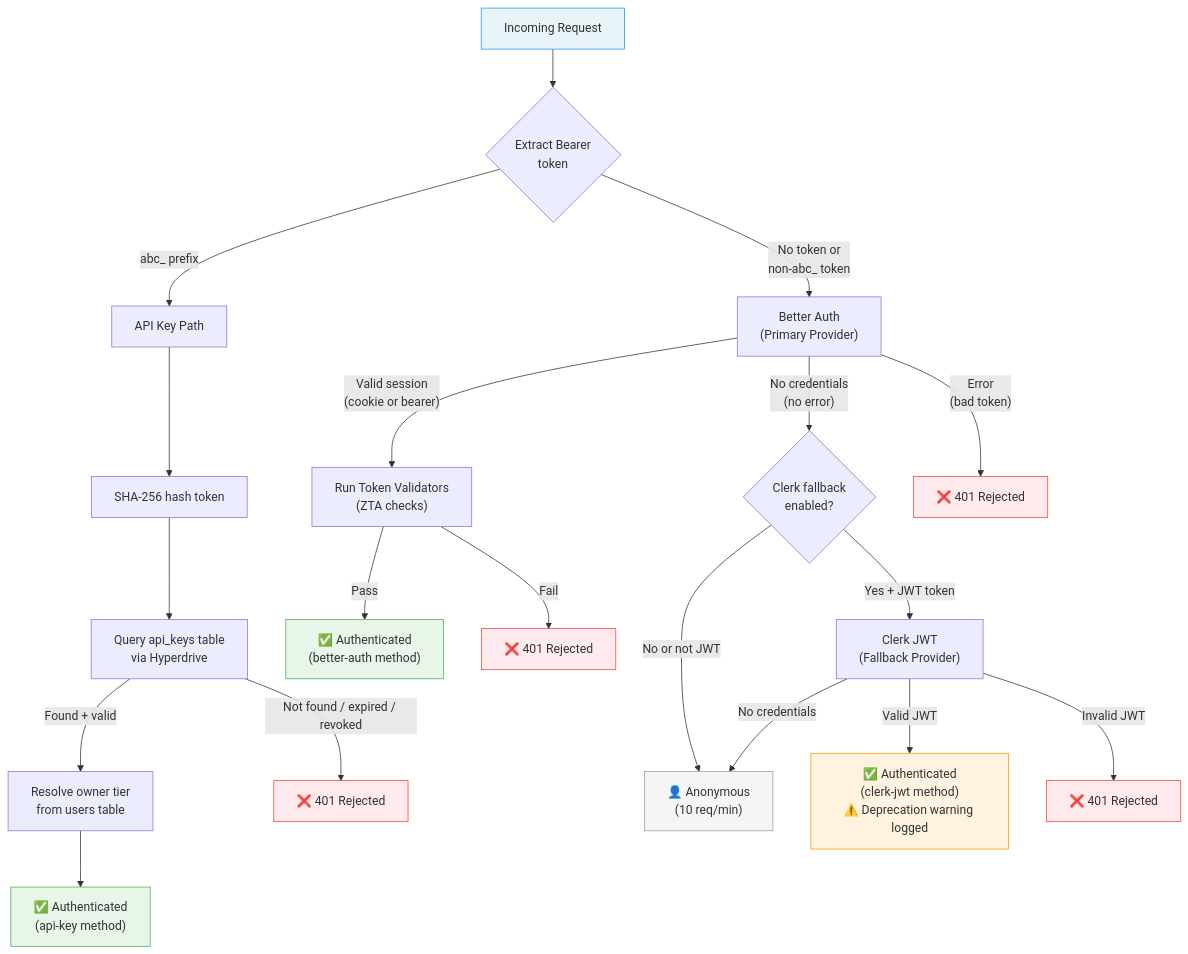
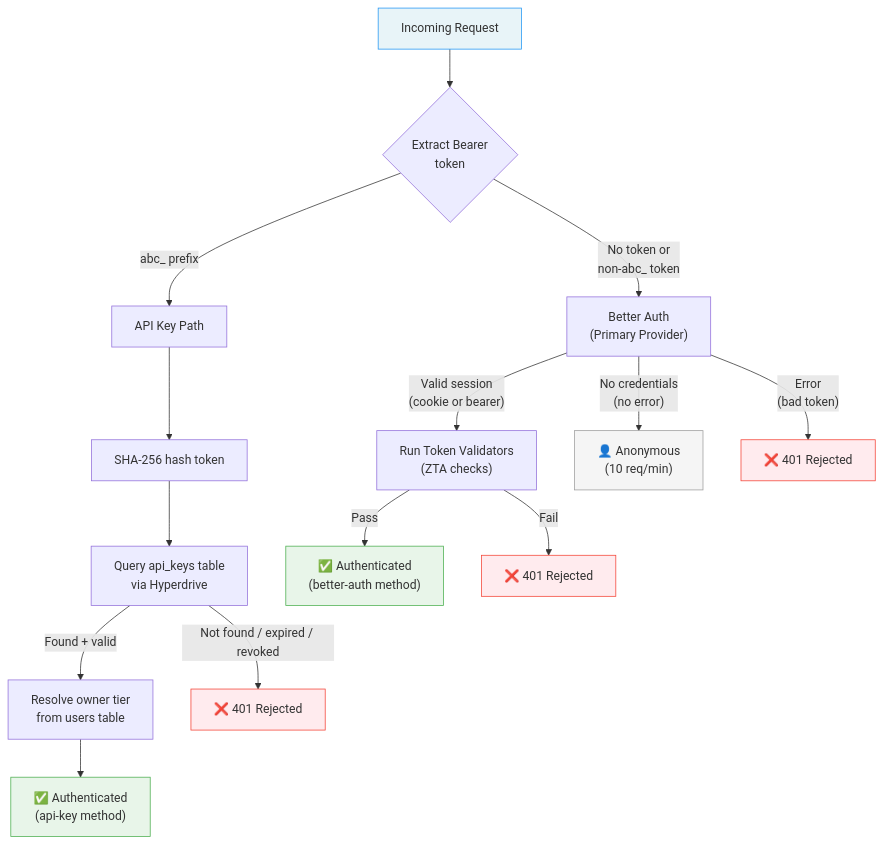
The first of 2 diagrams in docs/auth/auth-chain-reference.md (jaypatrick/adblock-compiler), drawn with Mermaid before and after one commit. The commit also changed other lines of this file and 9 other files, not shown here.

First line of the commit message:
fix: remove Clerk remnants; rename clerk_user_id→user_id; Prisma schema cleanup

````diff
--- a/docs/auth/auth-chain-reference.md
+++ b/docs/auth/auth-chain-reference.md
@@ -44,37 +39,28 @@
 ```mermaid
 flowchart TD
     REQ["Incoming Request"] --> TOKEN{"Extract Bearer<br/>token"}
 
     TOKEN -->|"abc_ prefix"| APIKEY["API Key Path"]
     TOKEN -->|"No token or<br/>non-abc_ token"| BA["Better Auth<br/>(Primary Provider)"]
 
     APIKEY --> HASH["SHA-256 hash token"]
     HASH --> LOOKUP["Query api_keys table<br/>via Hyperdrive"]
     LOOKUP -->|"Found + valid"| TIER["Resolve owner tier<br/>from users table"]
     TIER --> AUTH_OK["✅ Authenticated<br/>(api-key method)"]
     LOOKUP -->|"Not found / expired / revoked"| REJECT["❌ 401 Rejected"]
 
     BA -->|"Valid session<br/>(cookie or bearer)"| ZTA["Run Token Validators<br/>(ZTA checks)"]
     ZTA -->|"Pass"| BA_OK["✅ Authenticated<br/>(better-auth method)"]
     ZTA -->|"Fail"| REJECT2["❌ 401 Rejected"]
 
-    BA -->|"No credentials<br/>(no error)"| CLERK_CHECK{"Clerk fallback<br/>enabled?"}
+    BA -->|"No credentials<br/>(no error)"| ANON["👤 Anonymous<br/>(10 req/min)"]
     BA -->|"Error<br/>(bad token)"| REJECT3["❌ 401 Rejected"]
-
-    CLERK_CHECK -->|"Yes + JWT token"| CLERK["Clerk JWT<br/>(Fallback Provider)"]
-    CLERK_CHECK -->|"No or not JWT"| ANON["👤 Anonymous<br/>(10 req/min)"]
-
-    CLERK -->|"Valid JWT"| CLERK_OK["✅ Authenticated<br/>(clerk-jwt method)<br/>⚠️ Deprecation warning logged"]
-    CLERK -->|"Invalid JWT"| REJECT4["❌ 401 Rejected"]
-    CLERK -->|"No credentials"| ANON
 
     style REQ fill:#e8f4f8,stroke:#2196F3
     style AUTH_OK fill:#e8f5e9,stroke:#4CAF50
     style BA_OK fill:#e8f5e9,stroke:#4CAF50
-    style CLERK_OK fill:#fff3e0,stroke:#FF9800
     style ANON fill:#f5f5f5,stroke:#9E9E9E
     style REJECT fill:#ffebee,stroke:#F44336
     style REJECT2 fill:#ffebee,stroke:#F44336
     style REJECT3 fill:#ffebee,stroke:#F44336
-    style REJECT4 fill:#ffebee,stroke:#F44336
 ```
````
